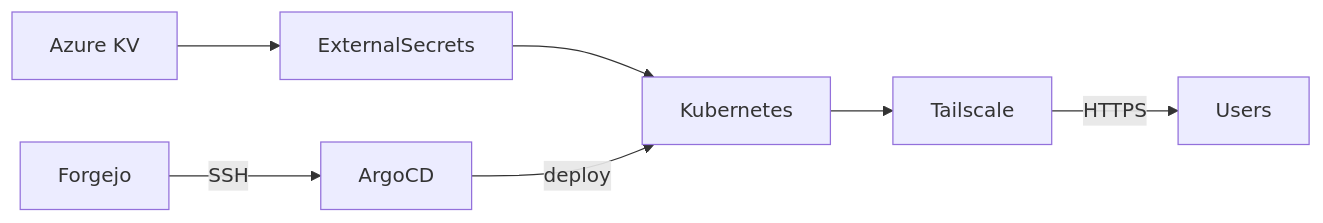
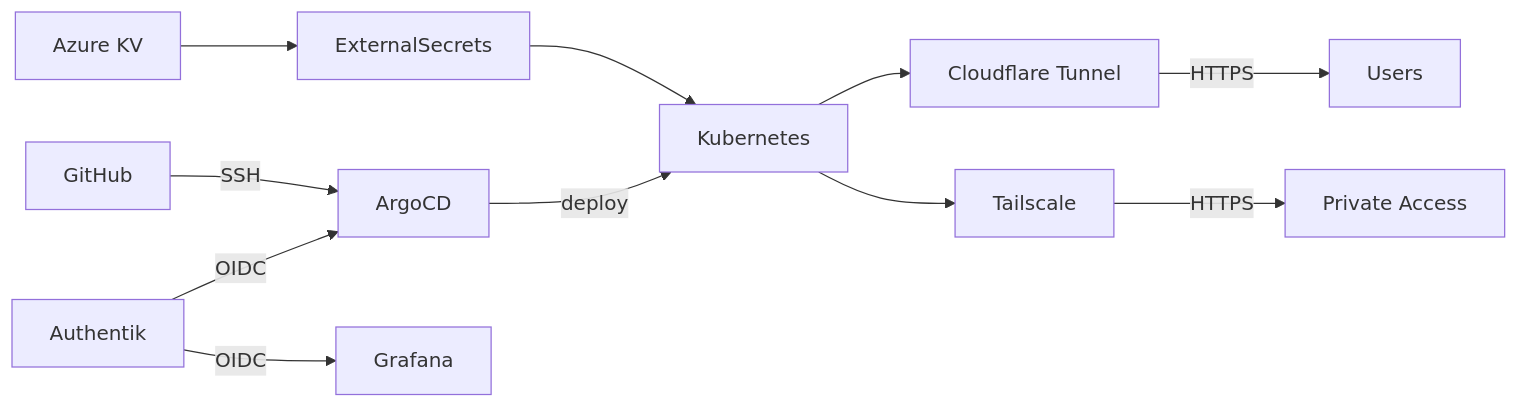
Before and after one commit to tomasz-wostal-eu/cd-homelab: the first of 8 diagrams in README.md, drawn with Mermaid. The commit also changed other lines of this file and 1 other file, not shown here.

````diff
--- a/README.md
+++ b/README.md
@@ -27,8 +28,10 @@
 ```mermaid
 flowchart LR
-    Forgejo -->|SSH| ArgoCD
+    GitHub -->|SSH| ArgoCD
     AzureKV[Azure KV] --> ExternalSecrets
     ExternalSecrets --> K8s[Kubernetes]
     ArgoCD -->|deploy| K8s
-    K8s --> Tailscale -->|HTTPS| Users
+    Authentik -->|OIDC| ArgoCD & Grafana
+    K8s --> Cloudflare[Cloudflare Tunnel] -->|HTTPS| Users
+    K8s --> Tailscale -->|HTTPS| PrivateUsers[Private Access]
 ```
````
